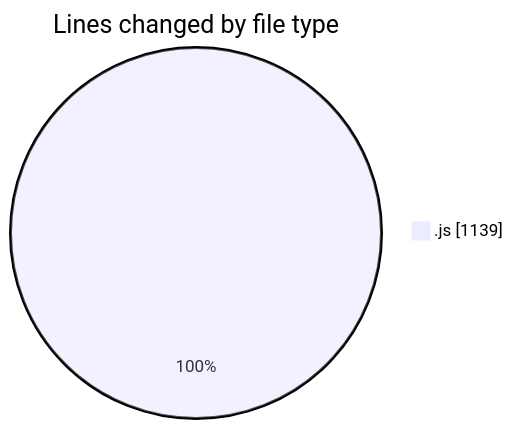
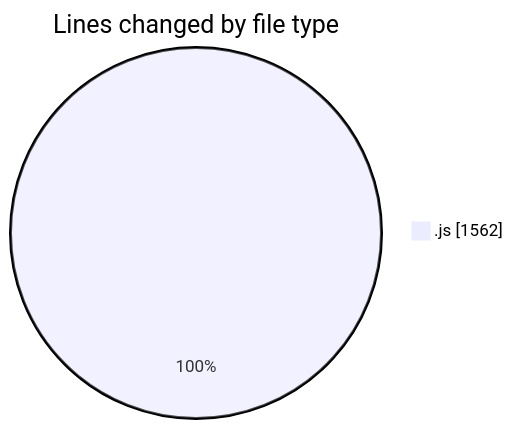
One commit to Ritupan-Deka/code-tracking changed the first of 2 diagrams in 2025-08-04/javascript/README.md. Above: the diagram before and after it, drawn with Mermaid. The commit also changed other lines of this file and 1 other file, not shown here.

````diff
--- a/2025-08-04/javascript/README.md
+++ b/2025-08-04/javascript/README.md
@@ -20,5 +20,5 @@
 ```mermaid
 pie showData
 title Lines changed by file type
-".js" : 1139
+".js" : 1562
 ```
````
